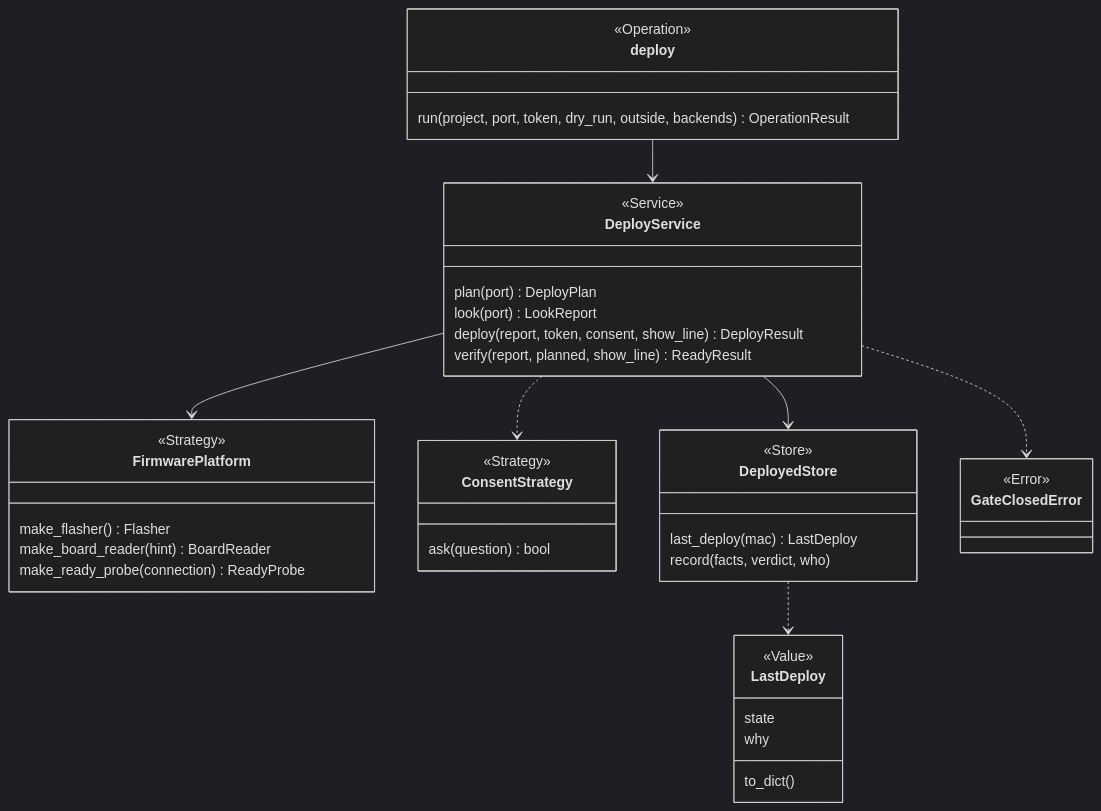
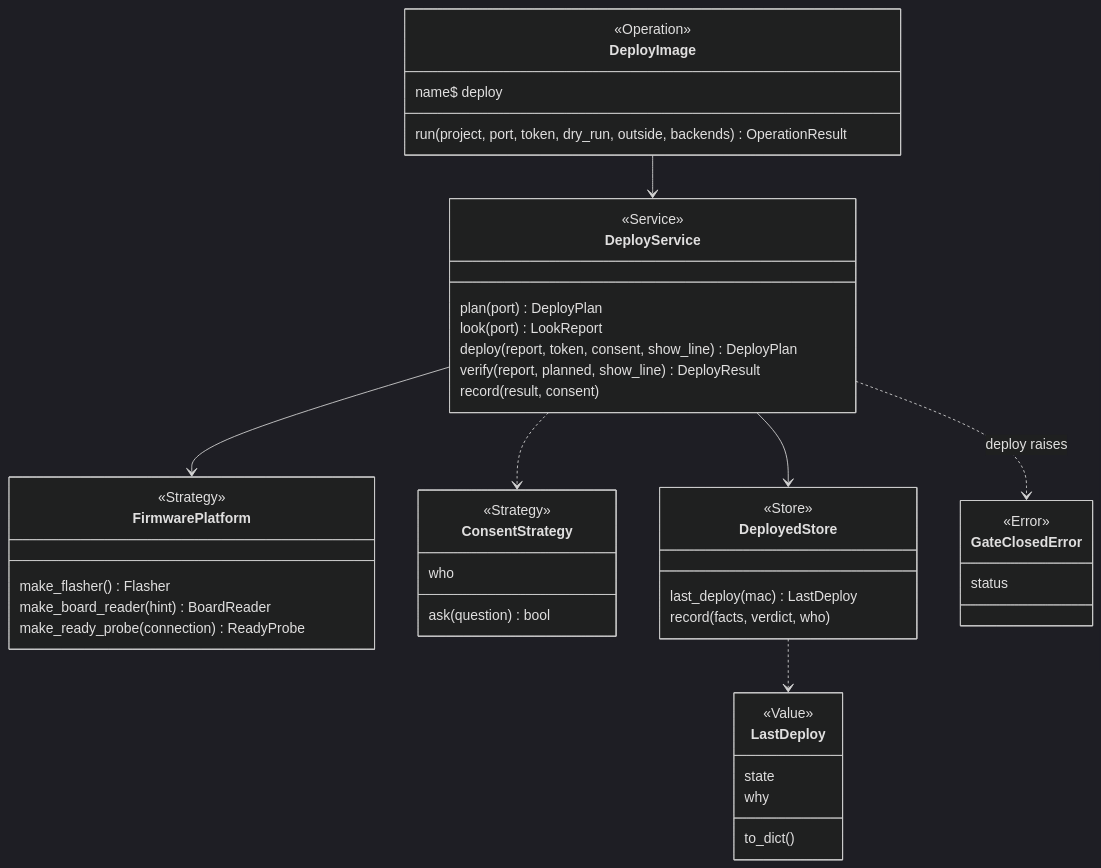
One commit to xmejkal/spark changed the fourth of 6 diagrams in docs/discovery/2026-10-19-p323-target-architecture/architecture/refactor-plan.md. Above: the diagram before and after it, drawn with Mermaid (dark theme). The commit also changed other lines of this file and 13 other files, not shown here.

````diff
--- a/docs/discovery/2026-10-19-p323-target-architecture/architecture/refactor-plan.md
+++ b/docs/discovery/2026-10-19-p323-target-architecture/architecture/refactor-plan.md
@@ -124,44 +154,48 @@
 ```mermaid
 classDiagram
-  class deploy {
+  class DeployImage {
     <<Operation>>
+    name$ deploy
     run(project, port, token, dry_run, outside, backends) OperationResult
   }
   class DeployService {
     <<Service>>
     plan(port) DeployPlan
     look(port) LookReport
-    deploy(report, token, consent, show_line) DeployResult
-    verify(report, planned, show_line) ReadyResult
+    deploy(report, token, consent, show_line) DeployPlan
+    verify(report, planned, show_line) DeployResult
+    record(result, consent)
   }
   class FirmwarePlatform {
     <<Strategy>>
     make_flasher() Flasher
     make_board_reader(hint) BoardReader
     make_ready_probe(connection) ReadyProbe
   }
   class ConsentStrategy {
     <<Strategy>>
     ask(question) bool
+    who
   }
   class DeployedStore {
     <<Store>>
     last_deploy(mac) LastDeploy
     record(facts, verdict, who)
   }
   class LastDeploy {
     <<Value>>
     state
     why
     to_dict()
   }
   class GateClosedError {
     <<Error>>
+    status
   }
-  deploy --> DeployService
+  DeployImage --> DeployService
   DeployService --> FirmwarePlatform
   DeployService ..> ConsentStrategy
   DeployService --> DeployedStore
   DeployedStore ..> LastDeploy
-  DeployService ..> GateClosedError
+  DeployService ..> GateClosedError : deploy raises
 ```
````
